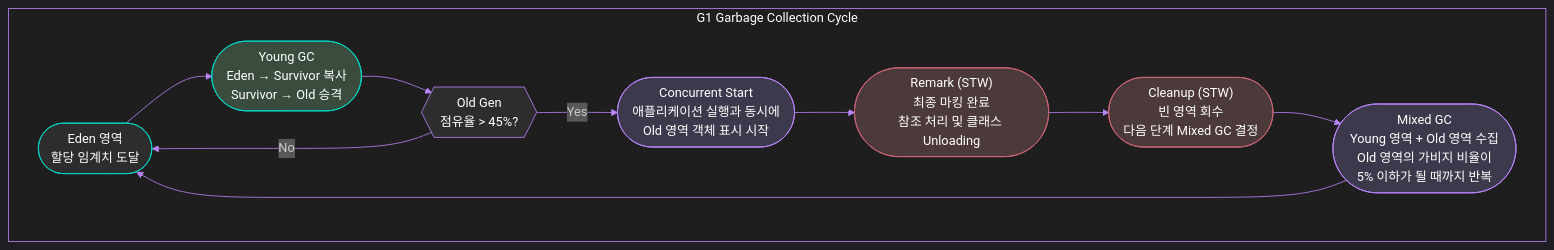
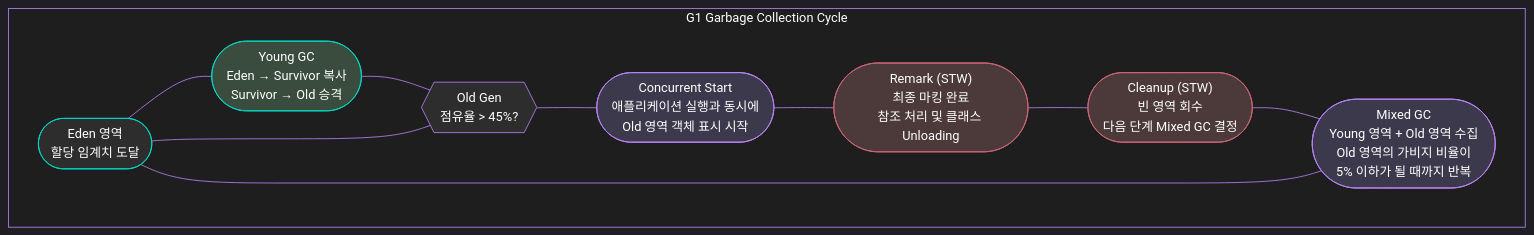
The second of 2 diagrams in _posts/2023-10-10-JVM-GC.md (K-Diger/K-Diger.github.io), drawn with Mermaid before and after one commit. The commit also changed other lines of this file, not shown here.

````diff
--- a/_posts/2023-10-10-JVM-GC.md
+++ b/_posts/2023-10-10-JVM-GC.md
@@ -194,43 +196,40 @@
 ```mermaid
 %%{
   init: {
     'theme': 'dark',
     'themeVariables': {
       'primaryColor': '#bb86fc',
       'primaryTextColor': '#fff',
       'primaryBorderColor': '#9965f4',
       'lineColor': '#bb86fc',
       'secondaryColor': '#03dac6',
       'tertiaryColor': '#cf6679',
       'mainBkg': '#1e1e1e'
     }
   }
 }%%
 flowchart TB
     subgraph G1GC["G1 Garbage Collection Cycle"]
-        direction LR
-        Start(["Eden 영역<br>할당 임계치 도달"]) -->
-        Y1(["Young GC<br>Eden → Survivor 복사<br>Survivor → Old 승격"]) -->
-        Y2{{"Old Gen<br>점유율 > 45%?"}}
-        Y2 -->|Yes| CS(["Concurrent Start<br>애플리케이션 실행과 동시에<br>Old 영역 객체 표시 시작"])
-        Y2 -->|No| Start
-        CS --> RM(["Remark (STW)<br>최종 마킹 완료<br>참조 처리 및 클래스 Unloading"])
-        RM --> CL(["Cleanup (STW)<br>빈 영역 회수<br>다음 단계 Mixed GC 결정"])
-        CL --> MX(["Mixed GC<br>Young 영역 + Old 영역 수집<br>Old 영역의 가비지 비율이<br>5% 이하가 될 때까지 반복"])
-        MX --> Start
+        Start(["Eden 영역<br>할당 임계치 도달"]) --- Y1(["Young GC<br>Eden → Survivor 복사<br>Survivor → Old 승격"]) --- Y2{{"Old Gen<br>점유율 > 45%?"}}
+        Y2 --- CS(["Concurrent Start<br>애플리케이션 실행과 동시에<br>Old 영역 객체 표시 시작"])
+        Y2 --- Start
+        CS --- RM(["Remark (STW)<br>최종 마킹 완료<br>참조 처리 및 클래스 Unloading"])
+        RM --- CL(["Cleanup (STW)<br>빈 영역 회수<br>다음 단계 Mixed GC 결정"])
+        CL --- MX(["Mixed GC<br>Young 영역 + Old 영역 수집<br>Old 영역의 가비지 비율이<br>5% 이하가 될 때까지 반복"])
+        MX --- Start
     end
 
     classDef trigger fill:#2d2d2d,stroke:#03dac6,color:#fff
     classDef youngPhase fill:#394c3d,stroke:#03dac6,color:#fff
     classDef decision fill:#2d2d2d,stroke:#bb86fc,color:#fff
     classDef stw fill:#4c3939,stroke:#cf6679,color:#fff
     classDef mixed fill:#3d394c,stroke:#bb86fc,color:#fff
 
     class Start trigger
     class Y1 youngPhase
     class Y2 decision
     class RM,CL stw
     class CS,MX mixed
 
     style G1GC fill:#1e1e1e,stroke:#bb86fc,color:#fff
 ```
````
